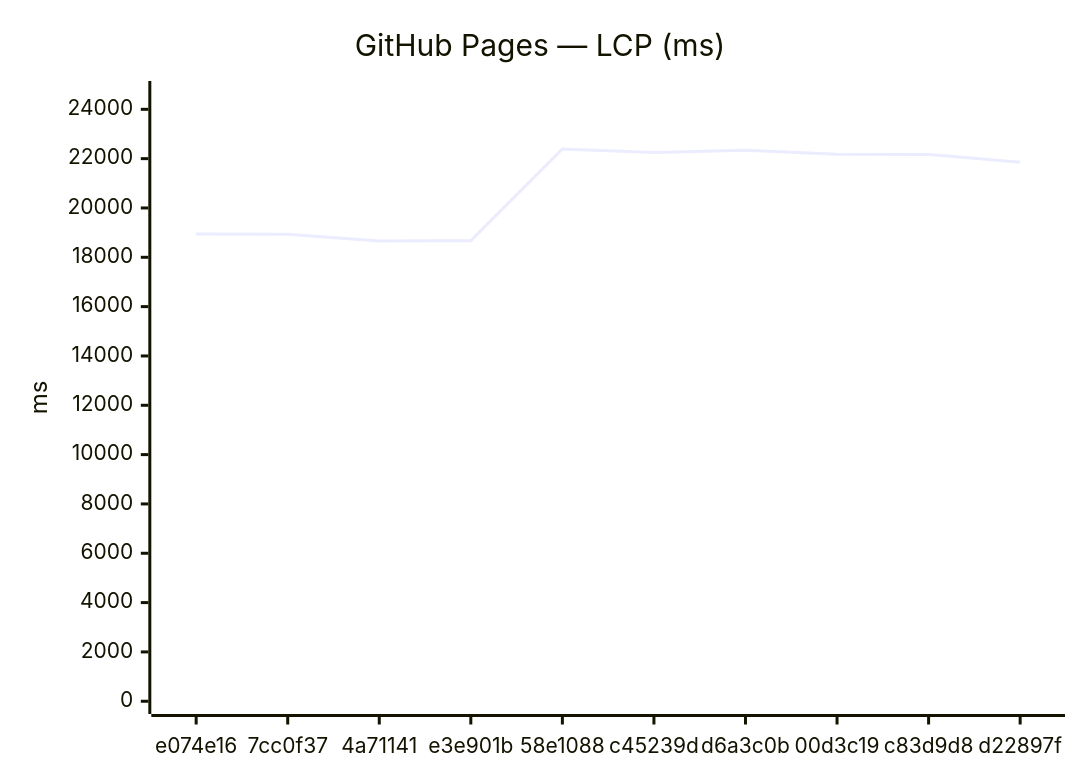
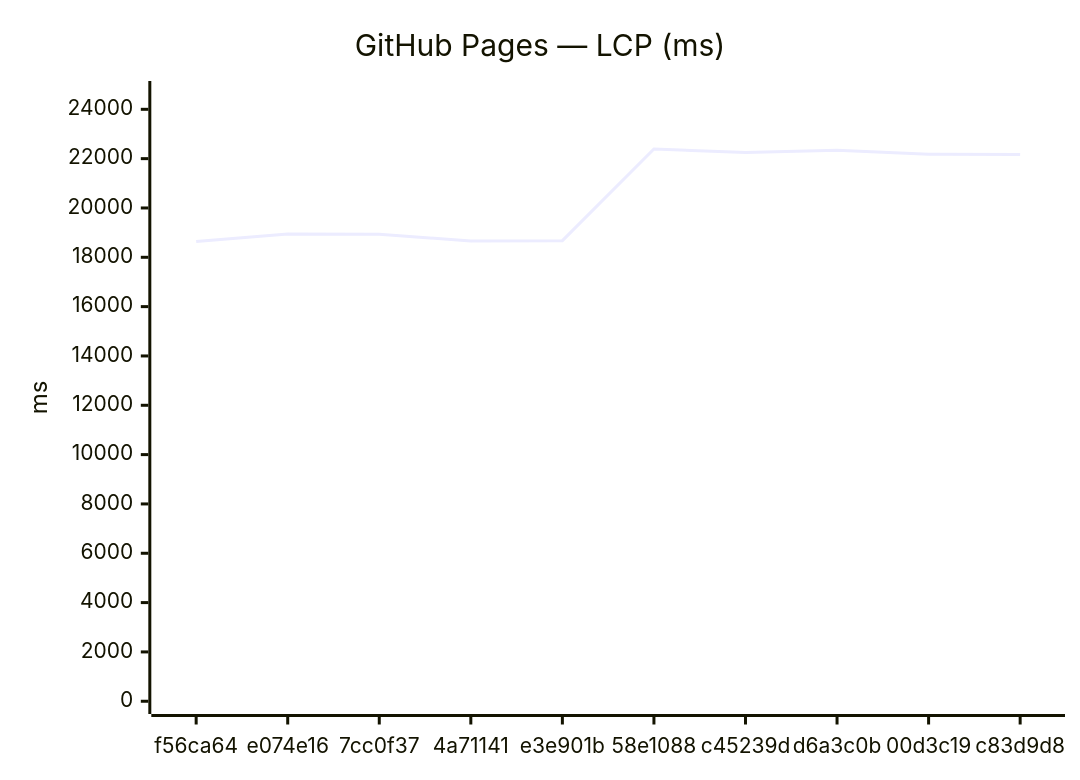
The third of 18 diagrams in benchmarks/compare.md (Metaheurist/Rianell), drawn with Mermaid before and after one commit. The commit also changed other lines of this file and 11 other files, not shown here.

````diff
--- a/benchmarks/compare.md
+++ b/benchmarks/compare.md
@@ -54,7 +54,7 @@
 ```mermaid
 xychart-beta
     title "GitHub Pages — LCP (ms)"
-    x-axis ["e074e16", "7cc0f37", "4a71141", "e3e901b", "58e1088", "c45239d", "d6a3c0b", "00d3c19", "c83d9d8", "d22897f"]
+    x-axis ["f56ca64", "e074e16", "7cc0f37", "4a71141", "e3e901b", "58e1088", "c45239d", "d6a3c0b", "00d3c19", "c83d9d8"]
     y-axis "ms" 0 --> 24631
-    line [18940, 18936, 18660, 18674, 22391, 22250, 22344, 22178, 22170, 21853]
+    line [18641, 18940, 18936, 18660, 18674, 22391, 22250, 22344, 22178, 22170]
 ```
````
